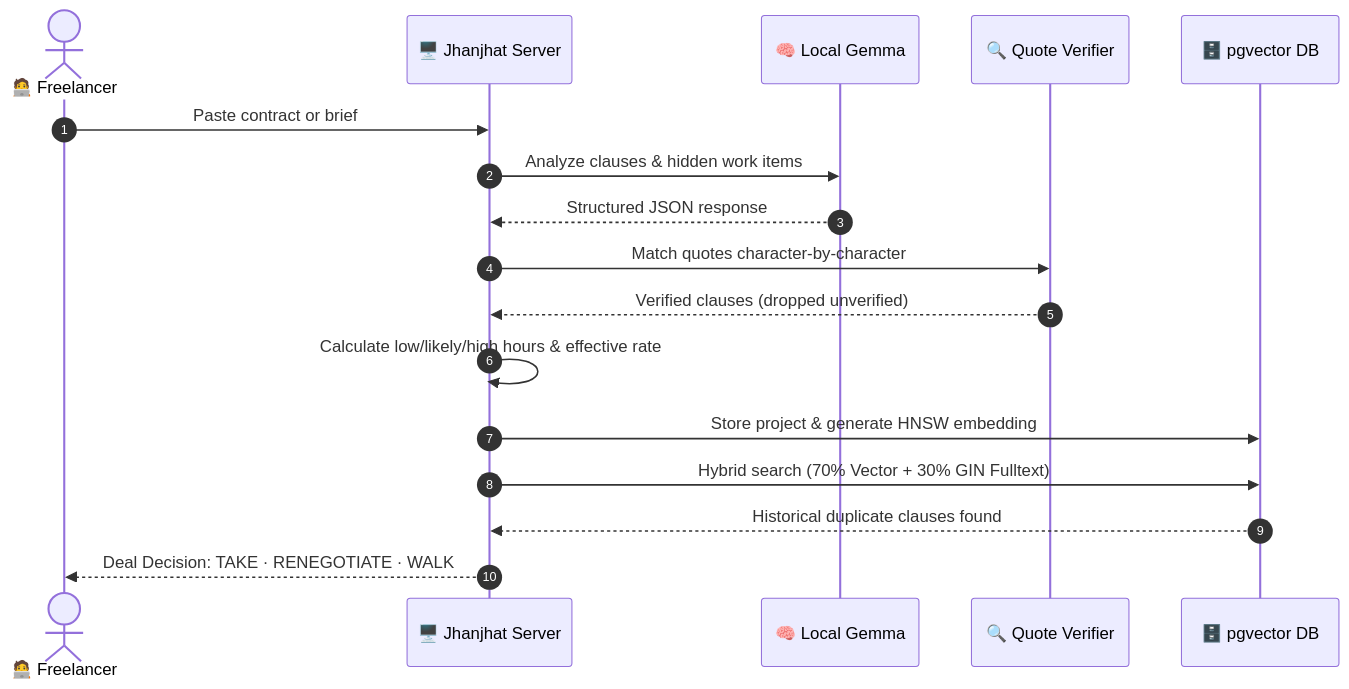
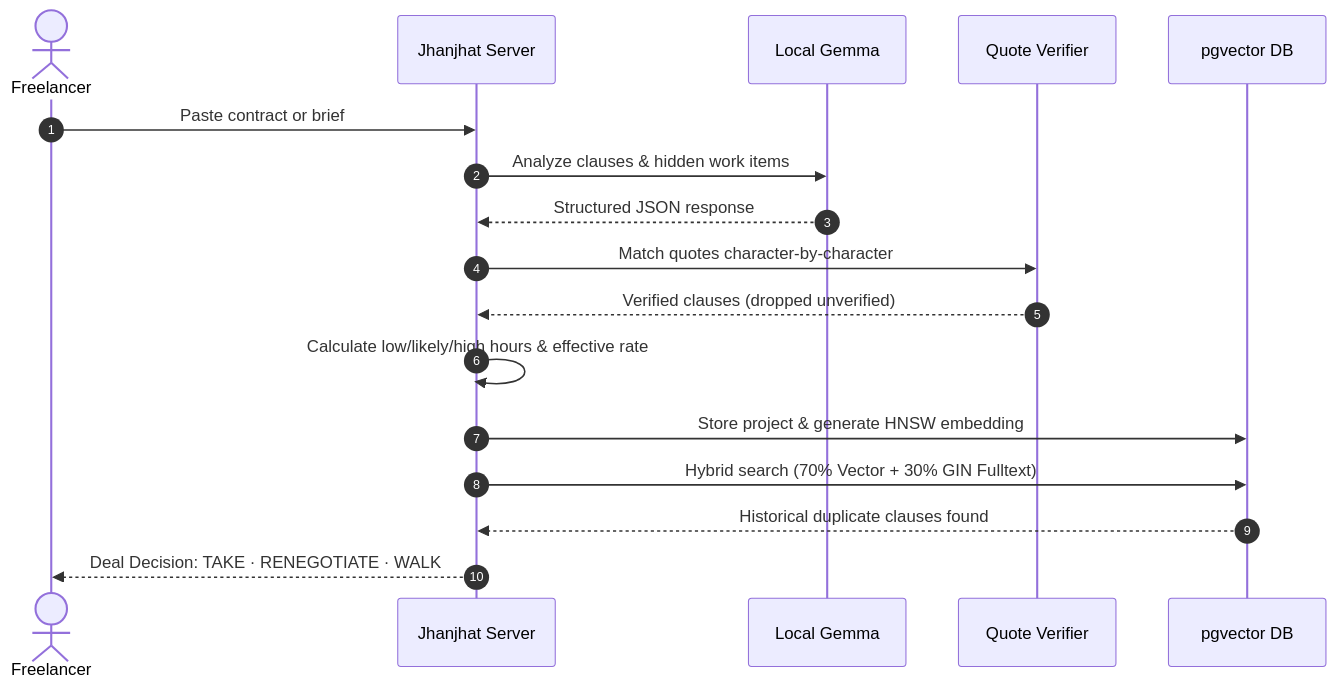
Before and after one commit to mannubaveja007/Jhanjhat: the second of 4 diagrams in README.md, drawn with Mermaid. The commit also changed other lines of this file, not shown here.

Commit message:
docs: strip emojis from README and diagrams for clean presentation

````diff
--- a/README.md
+++ b/README.md
@@ -78,20 +78,20 @@
 ```mermaid
 sequenceDiagram
     autonumber
-    actor Dev as 🧑‍💻 Freelancer
-    participant App as 🖥️ Jhanjhat Server
-    participant Gemma as 🧠 Local Gemma
-    participant V as 🔍 Quote Verifier
-    participant DB as 🗄️ pgvector DB
+    actor Dev as Freelancer
+    participant App as Jhanjhat Server
+    participant Gemma as Local Gemma
+    participant V as Quote Verifier
+    participant DB as pgvector DB
 
     Dev->>App: Paste contract or brief
     App->>Gemma: Analyze clauses & hidden work items
     Gemma-->>App: Structured JSON response
     App->>V: Match quotes character-by-character
     V-->>App: Verified clauses (dropped unverified)
     App->>App: Calculate low/likely/high hours & effective rate
     App->>DB: Store project & generate HNSW embedding
     App->>DB: Hybrid search (70% Vector + 30% GIN Fulltext)
     DB-->>App: Historical duplicate clauses found
     App-->>Dev: Deal Decision: TAKE · RENEGOTIATE · WALK
 ```
````
